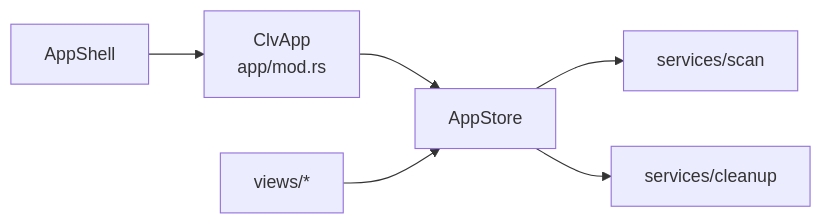
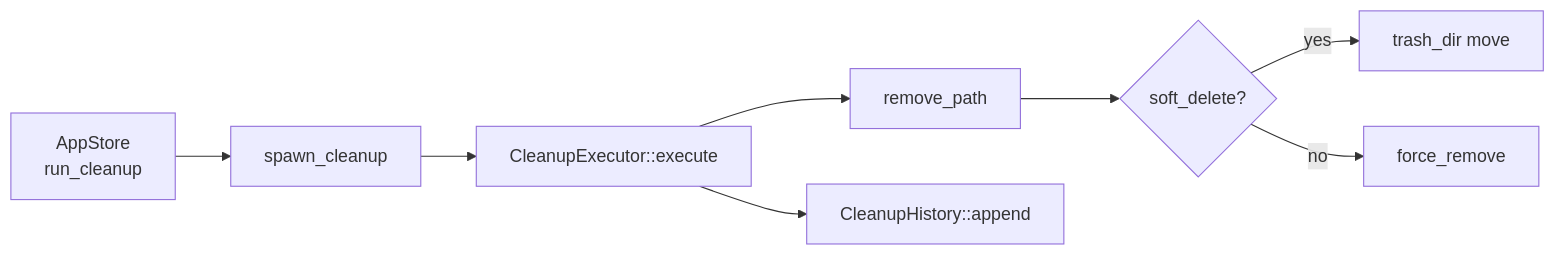
One commit to sopaco/CLV3000-Plus changed the fourth of 6 diagrams in .terrain/human/2.Architecture.md. Above: the diagram before and after it, drawn with Mermaid. The commit also changed other lines of this file and 14 other files, not shown here.

````diff
--- a/.terrain/human/2.Architecture.md
+++ b/.terrain/human/2.Architecture.md
@@ -139,8 +139,10 @@
 ```mermaid
 graph LR
-    ClvApp["ClvApp<br/>app/mod.rs"] --> Store["AppStore"]
-    Store --> ScanSvc["services/scan"]
-    Store --> CleanSvc["services/cleanup"]
-    Views["views/*"] --> Store
-    Shell["AppShell"] --> ClvApp
+    AppStore2["AppStore<br/>run_cleanup"] --> SpawnClean["spawn_cleanup"]
+    SpawnClean --> Executor["CleanupExecutor::execute"]
+    Executor --> Remove["remove_path"]
+    Remove --> Soft{"soft_delete?"}
+    Soft -->|yes| Trash["trash_dir move"]
+    Soft -->|no| Hard["force_remove"]
+    Executor --> History["CleanupHistory::append"]
 ```
````
